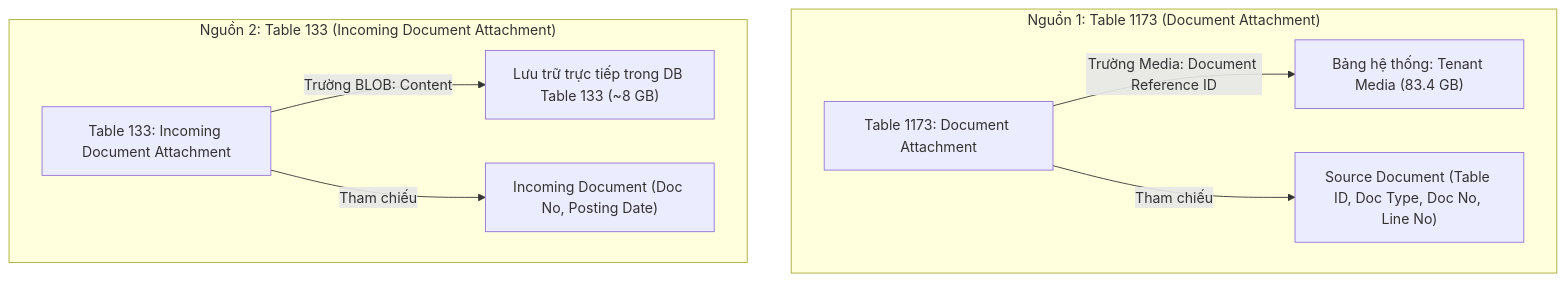
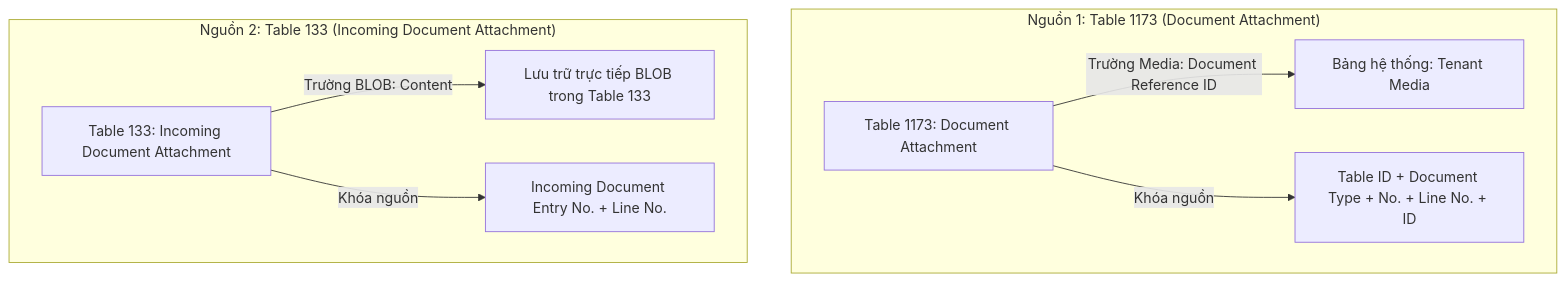
The first of 3 diagrams in docs/TECHNICAL_DESIGN_AND_DATA_MODEL.md (Daniel-DangNam/BC-File-Archiving-to-SharePoint), drawn with Mermaid before and after one commit. The commit also changed other lines of this file, not shown here.

````diff
--- a/docs/TECHNICAL_DESIGN_AND_DATA_MODEL.md
+++ b/docs/TECHNICAL_DESIGN_AND_DATA_MODEL.md
@@ -64,14 +68,14 @@
 ```mermaid
 graph TD
     subgraph "Nguồn 1: Table 1173 (Document Attachment)"
         T1173["Table 1173: Document Attachment"]
-        T1173 -->|"Trường Media: Document Reference ID"| TM["Bảng hệ thống: Tenant Media (83.4 GB)"]
-        T1173 -->|"Tham chiếu"| SRC1["Source Document (Table ID, Doc Type, Doc No, Line No)"]
+        T1173 -->|"Trường Media: Document Reference ID"| TM["Bảng hệ thống: Tenant Media"]
+        T1173 -->|"Khóa nguồn"| SRC1["Table ID + Document Type + No. + Line No. + ID"]
     end
 
     subgraph "Nguồn 2: Table 133 (Incoming Document Attachment)"
         T133["Table 133: Incoming Document Attachment"]
-        T133 -->|"Trường BLOB: Content"| BLOB["Lưu trữ trực tiếp trong DB Table 133 (~8 GB)"]
-        T133 -->|"Tham chiếu"| INC_DOC["Incoming Document (Doc No, Posting Date)"]
+        T133 -->|"Trường BLOB: Content"| BLOB["Lưu trữ trực tiếp BLOB trong Table 133"]
+        T133 -->|"Khóa nguồn"| INC_DOC["Incoming Document Entry No. + Line No."]
     end
 ```
````
